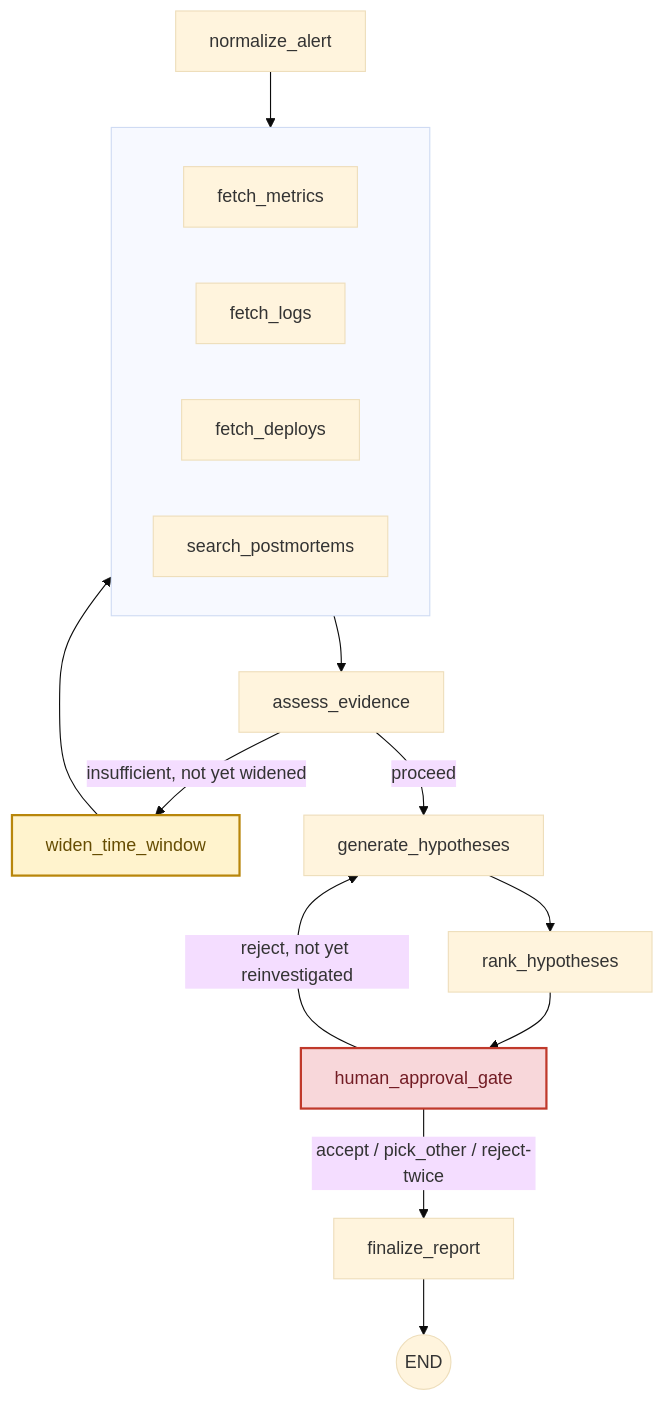
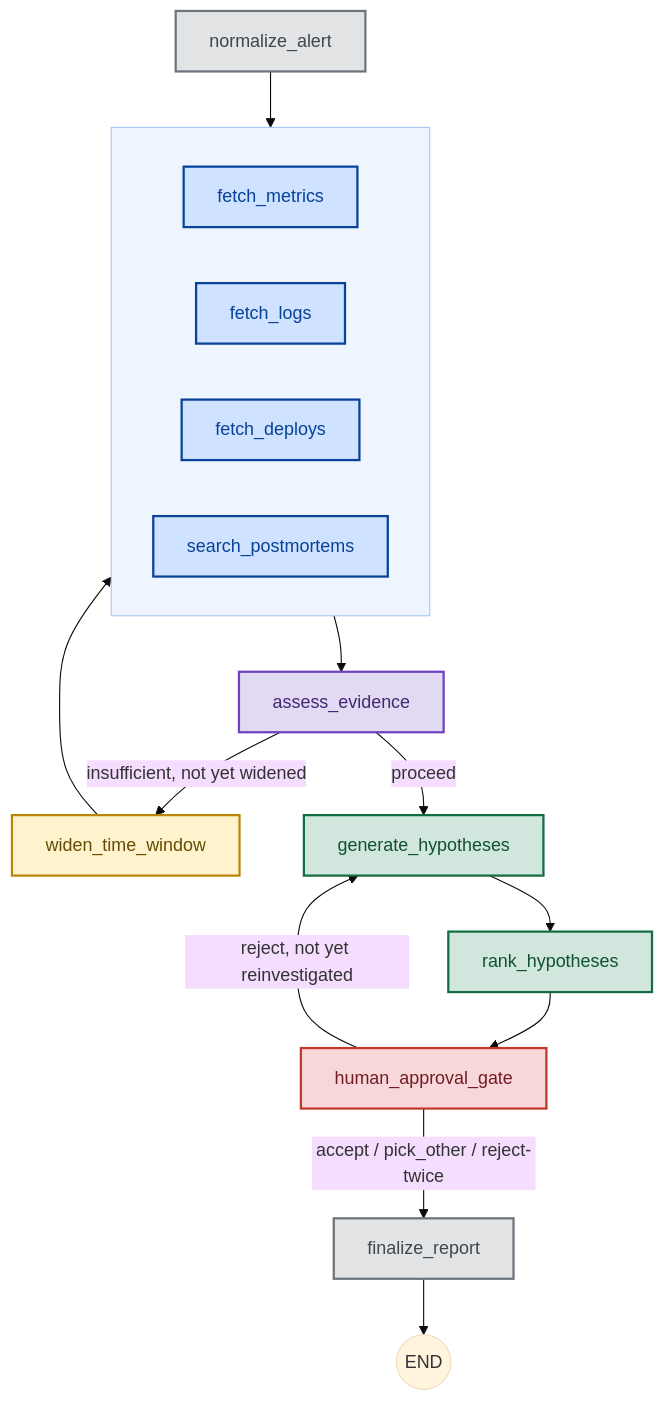
The diagram in README.md (sankarchidam/triagegraph), drawn with Mermaid (base theme) before and after one commit. The commit also changed other lines of this file, not shown here.

First line of the commit message:
Color-code the architecture diagram by action type, not ad-hoc per-node

````diff
--- a/README.md
+++ b/README.md
@@ -29,25 +29,35 @@
 ```mermaid
 flowchart TD
     normalize_alert --> fanout
 
     subgraph fanout[" "]
         direction LR
         fetch_metrics
         fetch_logs
         fetch_deploys
         search_postmortems
     end
 
     fanout --> assess_evidence
     assess_evidence -- insufficient, not yet widened --> widen_time_window
     widen_time_window --> fanout
     assess_evidence -- proceed --> generate_hypotheses
     generate_hypotheses --> rank_hypotheses
     rank_hypotheses --> human_approval_gate
     human_approval_gate -- reject, not yet reinvestigated --> generate_hypotheses
     human_approval_gate -- accept / pick_other / reject-twice --> finalize_report
     finalize_report --> END((END))
 
+    style normalize_alert fill:#e2e3e5,stroke:#6c757d,stroke-width:2px,color:#41464b
+    style fetch_metrics fill:#cfe2ff,stroke:#084298,stroke-width:2px,color:#084298
+    style fetch_logs fill:#cfe2ff,stroke:#084298,stroke-width:2px,color:#084298
+    style fetch_deploys fill:#cfe2ff,stroke:#084298,stroke-width:2px,color:#084298
+    style search_postmortems fill:#cfe2ff,stroke:#084298,stroke-width:2px,color:#084298
+    style fanout fill:#eef5ff,stroke:#a8c8f0,stroke-width:1px
+    style assess_evidence fill:#e2d9f3,stroke:#6f42c1,stroke-width:2px,color:#432874
+    style widen_time_window fill:#fff3cd,stroke:#b8860b,stroke-width:2px,color:#664d03
+    style generate_hypotheses fill:#d1e7dd,stroke:#146c43,stroke-width:2px,color:#0f5132
+    style rank_hypotheses fill:#d1e7dd,stroke:#146c43,stroke-width:2px,color:#0f5132
     style human_approval_gate fill:#f8d7da,stroke:#c0392b,stroke-width:2px,color:#721c24
-    style widen_time_window fill:#fff3cd,stroke:#b8860b,stroke-width:2px,color:#664d03
+    style finalize_report fill:#e2e3e5,stroke:#6c757d,stroke-width:2px,color:#41464b
 ```
````
